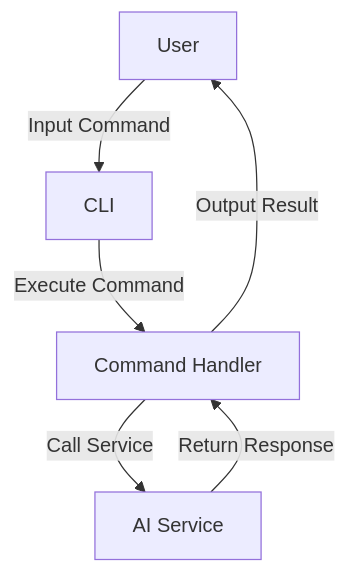
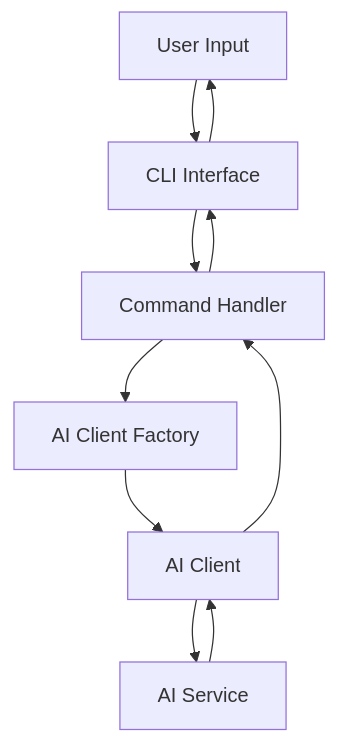
One commit to geogoesbeepboop/refiner changed the second of 3 diagrams in docs/architecture.md. Above: the diagram before and after it, drawn with Mermaid. The commit also changed other lines of this file and 5 other files, not shown here.

````diff
--- a/docs/architecture.md
+++ b/docs/architecture.md
@@ -131,8 +142,12 @@
 ```mermaid
 graph TD;
-    A[User] -->|Input Command| B[CLI]
-    B -->|Execute Command| C[Command Handler]
-    C -->|Call Service| D[AI Service]
-    D -->|Return Response| C
-    C -->|Output Result| A
+    A[User Input] --> B[CLI Interface]
+    B --> C[Command Handler]
+    C --> D[AI Client Factory]
+    D --> E[AI Client]
+    E --> F[AI Service]
+    F --> E
+    E --> C
+    C --> B
+    B --> A
 ```
````
